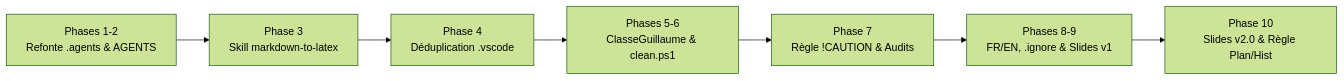
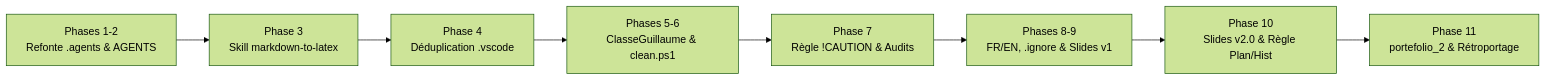
One commit to GuillaumeWnt/latex changed the diagram in docs/historique.md. Above: the diagram before and after it, drawn with Mermaid (forest theme). The commit also changed other lines of this file and 161 other files, not shown here.

````diff
--- a/docs/historique.md
+++ b/docs/historique.md
@@ -5,9 +5,10 @@
 ```mermaid
 flowchart LR
   P1["Phases 1-2<br/>Refonte .agents & AGENTS"] --> P3["Phase 3<br/>Skill markdown-to-latex"]
   P3 --> P4["Phase 4<br/>Déduplication .vscode"]
   P4 --> P56["Phases 5-6<br/>ClasseGuillaume & clean.ps1"]
   P56 --> P7["Phase 7<br/>Règle !CAUTION & Audits"]
   P7 --> P89["Phases 8-9<br/>FR/EN, .ignore & Slides v1"]
   P89 --> P10["Phase 10<br/>Slides v2.0 & Règle Plan/Hist"]
+  P10 --> P11["Phase 11<br/>portefolio_2 & Rétroportage"]
 ```
````
